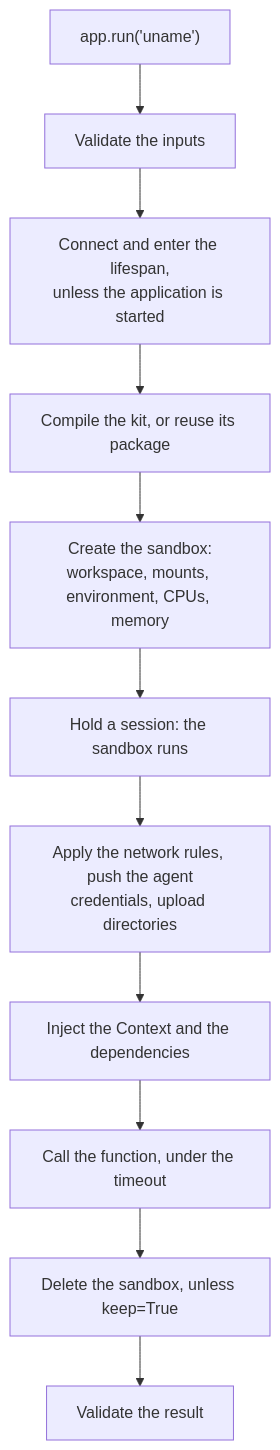
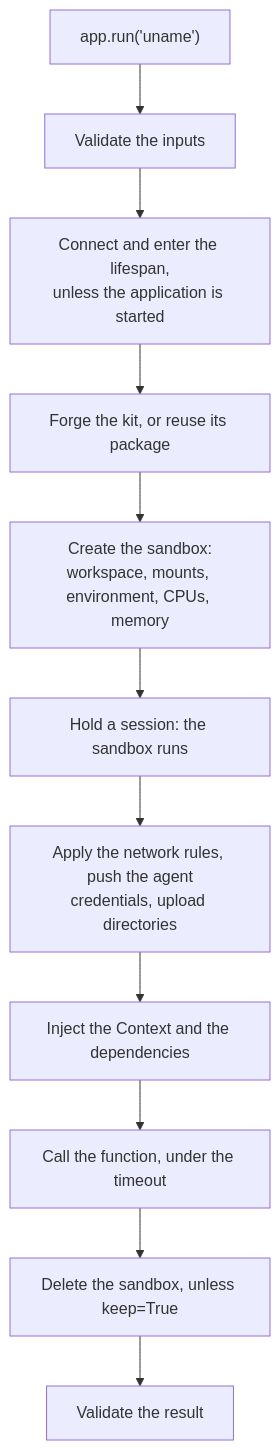
The diagram in docs/framework/index.md (aartintelligent/fastsandbox), drawn with Mermaid before and after one commit. The commit also changed 10 other files, not shown here.

````diff
--- a/docs/framework/index.md
+++ b/docs/framework/index.md
@@ -54,13 +54,13 @@
 ```mermaid
 flowchart TD
     A["app.run('uname')"] --> B["Validate the inputs"]
     B --> C["Connect and enter the lifespan,<br/>unless the application is started"]
-    C --> D["Compile the kit, or reuse its package"]
+    C --> D["Forge the kit, or reuse its package"]
     D --> E["Create the sandbox:<br/>workspace, mounts, environment, CPUs, memory"]
     E --> F["Hold a session: the sandbox runs"]
     F --> G["Apply the network rules, push the agent<br/>credentials, upload directories"]
     G --> H["Inject the Context and the dependencies"]
     H --> I["Call the function, under the timeout"]
     I --> J["Delete the sandbox, unless keep=True"]
     J --> K["Validate the result"]
 ```
````
